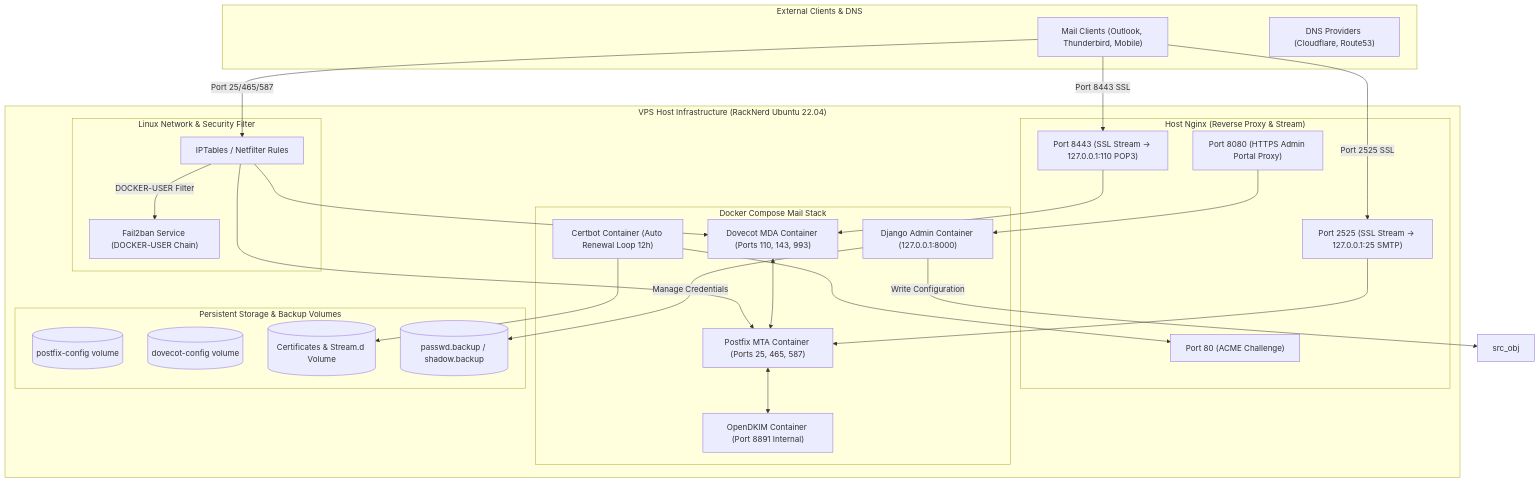
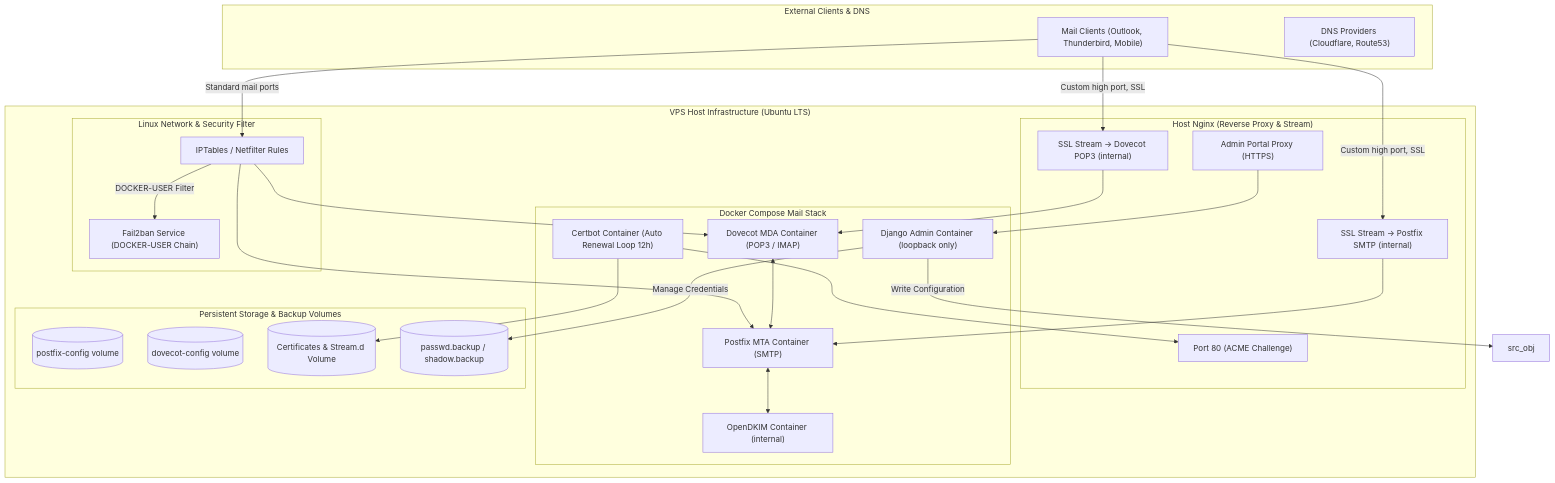
Before and after one commit to hsjinde/my-note: the diagram in 工作專案/作品集/Postfix_Manager_Portfolio_Presentation.md, drawn with Mermaid. The commit also changed other lines of this file and 5 other files, not shown here.

````diff
--- a/工作專案/作品集/Postfix_Manager_Portfolio_Presentation.md
+++ b/工作專案/作品集/Postfix_Manager_Portfolio_Presentation.md
@@ -81,55 +91,55 @@
 ```mermaid
 flowchart TD
     subgraph External ["External Clients & DNS"]
         ClientMail["Mail Clients (Outlook, Thunderbird, Mobile)"]
         DNSProvider["DNS Providers (Cloudflare, Route53)"]
     end
 
-    subgraph Host ["VPS Host Infrastructure (RackNerd Ubuntu 22.04)"]
+    subgraph Host ["VPS Host Infrastructure (Ubuntu LTS)"]
         subgraph NetLayer ["Linux Network & Security Filter"]
             IPTables["IPTables / Netfilter Rules"]
             Fail2ban["Fail2ban Service (DOCKER-USER Chain)"]
         end
 
         subgraph HostNginx ["Host Nginx (Reverse Proxy & Stream)"]
             Port80["Port 80 (ACME Challenge)"]
-            Port8080["Port 8080 (HTTPS Admin Portal Proxy)"]
-            Port8443["Port 8443 (SSL Stream -> 127.0.0.1:110 POP3)"]
-            Port2525["Port 2525 (SSL Stream -> 127.0.0.1:25 SMTP)"]
+            AdminProxy["Admin Portal Proxy (HTTPS)"]
+            StreamPOP["SSL Stream -> Dovecot POP3 (internal)"]
+            StreamSMTP["SSL Stream -> Postfix SMTP (internal)"]
         end
 
         subgraph DockerStack ["Docker Compose Mail Stack"]
-            DjangoApp["Django Admin Container (127.0.0.1:8000)"]
-            Postfix["Postfix MTA Container (Ports 25, 465, 587)"]
-            Dovecot["Dovecot MDA Container (Ports 110, 143, 993)"]
-            OpenDKIM["OpenDKIM Container (Port 8891 Internal)"]
+            DjangoApp["Django Admin Container (loopback only)"]
+            Postfix["Postfix MTA Container (SMTP)"]
+            Dovecot["Dovecot MDA Container (POP3 / IMAP)"]
+            OpenDKIM["OpenDKIM Container (internal)"]
             Certbot["Certbot Container (Auto Renewal Loop 12h)"]
         end
 
         subgraph Volumes ["Persistent Storage & Backup Volumes"]
             PostfixVol[("postfix-config volume")]
             DovecotVol[("dovecot-config volume")]
             CertsVol[("Certificates & Stream.d Volume")]
             UserBackup[("passwd.backup / shadow.backup")]
         end
     end
 
-    ClientMail -->|Port 8443 SSL| Port8443
-    ClientMail -->|Port 2525 SSL| Port2525
-    ClientMail -->|Port 25/465/587| IPTables
+    ClientMail -->|Custom high port, SSL| StreamPOP
+    ClientMail -->|Custom high port, SSL| StreamSMTP
+    ClientMail -->|Standard mail ports| IPTables
 
     IPTables -->|DOCKER-USER Filter| Fail2ban
     IPTables --> Postfix
     IPTables --> Dovecot
 
-    Port8080 --> DjangoApp
-    Port8443 --> Dovecot
-    Port2525 --> Postfix
+    AdminProxy --> DjangoApp
+    StreamPOP --> Dovecot
+    StreamSMTP --> Postfix
 
     DjangoApp -->|Write Configuration| src_obj
     DjangoApp -->|Manage Credentials| UserBackup
     Postfix <--> OpenDKIM
     Dovecot <--> Postfix
     Certbot --> CertsVol
     Certbot --> Port80
 ```
````
